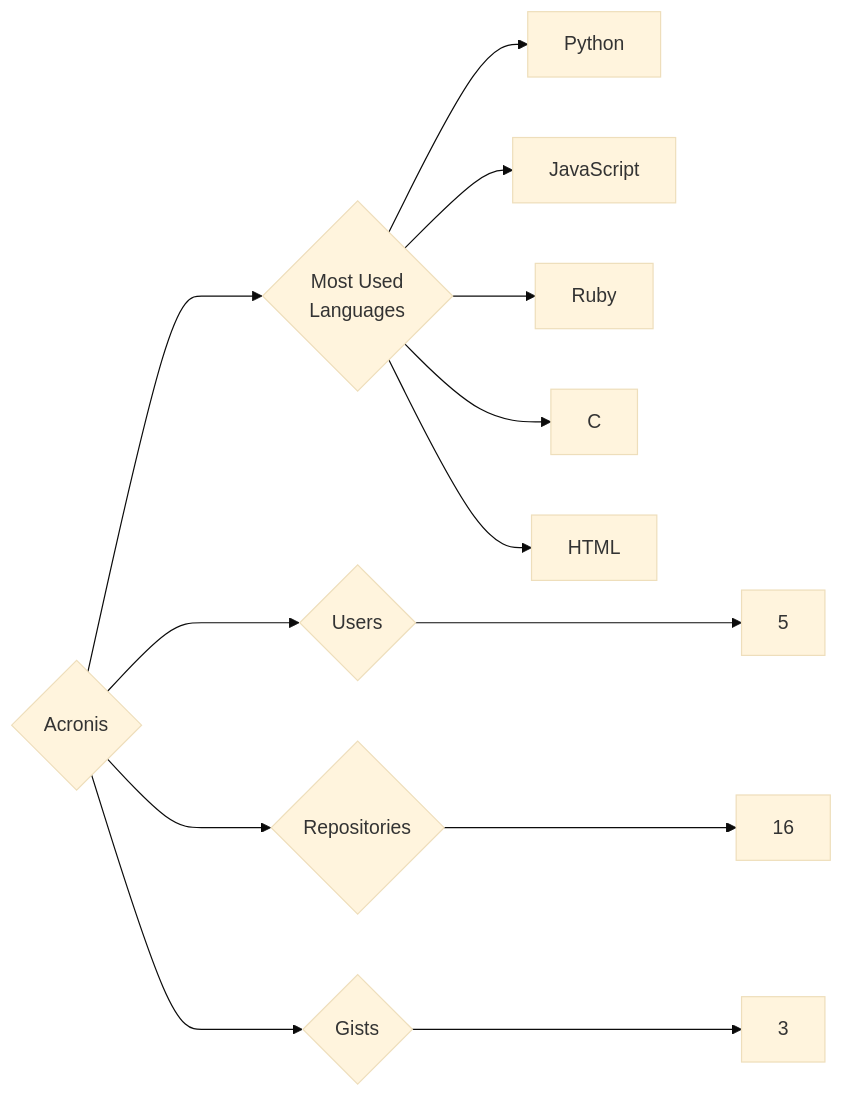
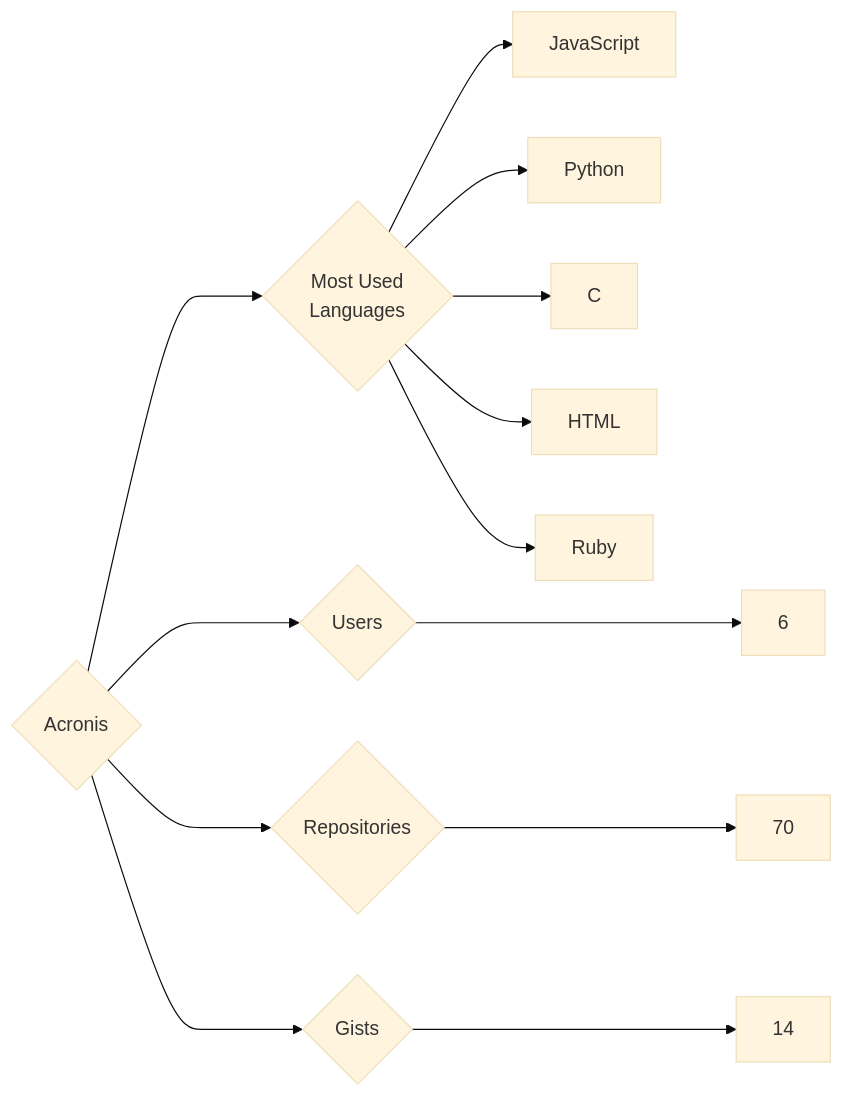
One commit to trickest/insiders changed the diagram in targets/Acronis/README.md. Above: the diagram before and after it, drawn with Mermaid (base theme). The commit also changed 880 other files, not shown here.

````diff
--- a/targets/Acronis/README.md
+++ b/targets/Acronis/README.md
@@ -3,13 +3,13 @@
 ```mermaid
 graph LR
 COMPANY_NAME{Acronis}
-COMPANY_NAME ---> U{Users} ---> UN[5]
-COMPANY_NAME ---> R{Repositories} ---> RN[16]
-COMPANY_NAME ---> G{Gists} ---> GN[3]
+COMPANY_NAME ---> U{Users} ---> UN[6]
+COMPANY_NAME ---> R{Repositories} ---> RN[70]
+COMPANY_NAME ---> G{Gists} ---> GN[14]
 COMPANY_NAME ---> ML{Most Used<br>Languages}
+ML --> JavaScript[JavaScript]
 ML --> Python[Python]
-ML --> JavaScript[JavaScript]
-ML --> Ruby[Ruby]
 ML --> C[C]
 ML --> HTML[HTML]
+ML --> Ruby[Ruby]
 ```
````
